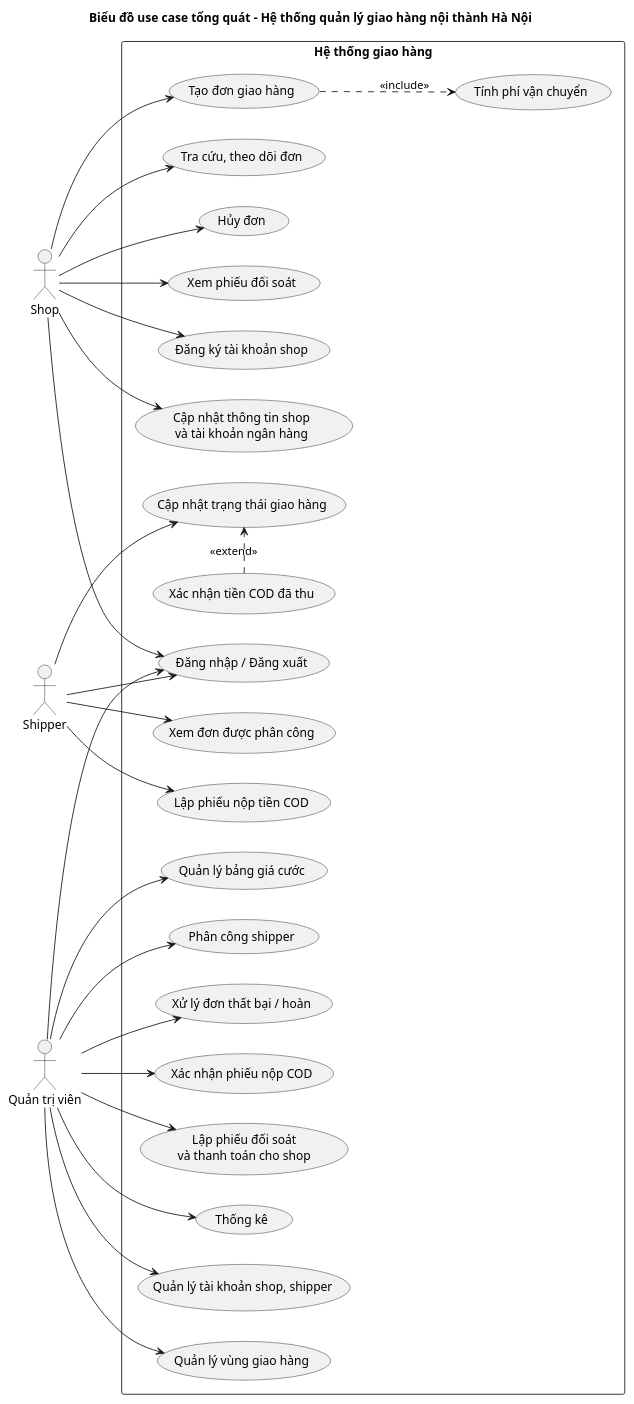
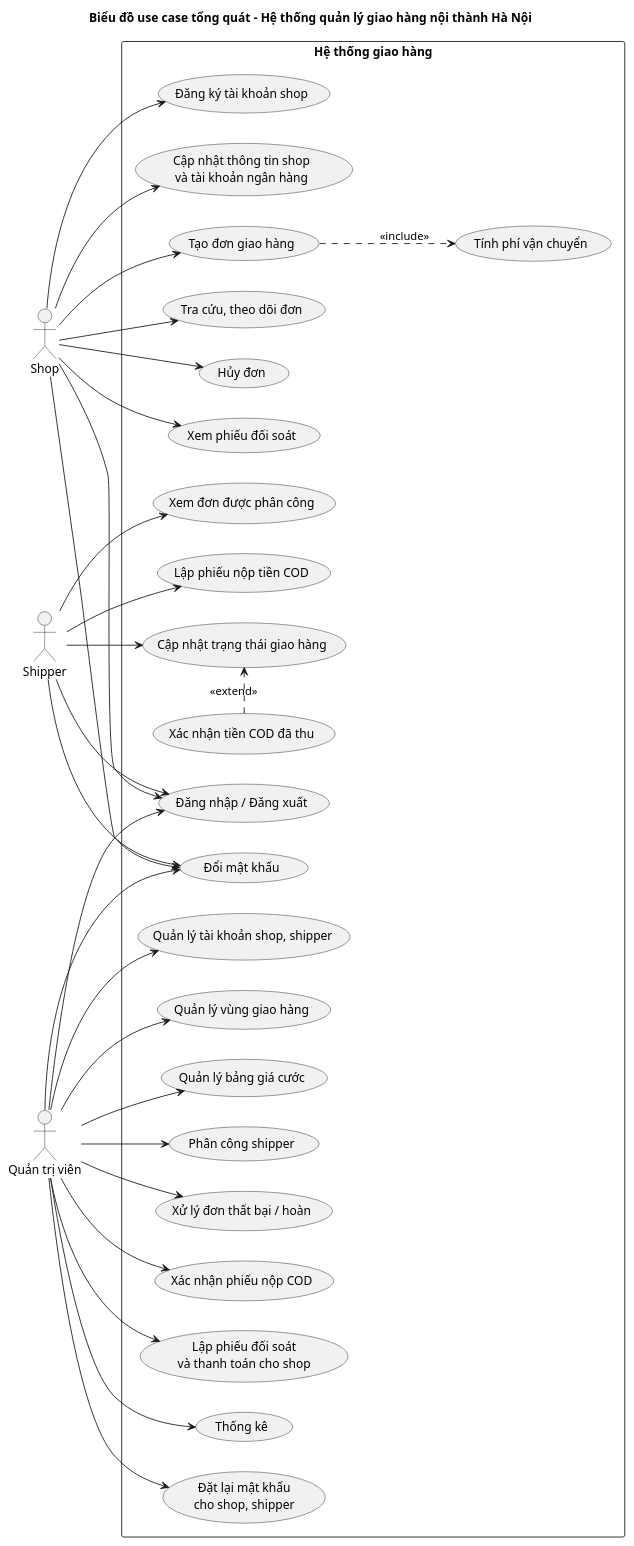
The diagram in docs/uml/01-usecase.puml (TuansLC/ptit-ktlthdt), drawn with PlantUML before and after one commit. The commit also changed 41 other files, not shown here.

```diff
--- a/docs/uml/01-usecase.puml
+++ b/docs/uml/01-usecase.puml
@@ -1,59 +1,65 @@
 @startuml usecase
 title Biểu đồ use case tổng quát - Hệ thống quản lý giao hàng nội thành Hà Nội
 left to right direction
 skinparam packageStyle rectangle
 
 actor "Shop" as Shop
 actor "Shipper" as Shipper
 actor "Quản trị viên" as Admin
 
 rectangle "Hệ thống giao hàng" {
   usecase "Đăng nhập / Đăng xuất" as UC_Login
+  usecase "Đổi mật khẩu" as UC_Password
+  usecase "Đặt lại mật khẩu\ncho shop, shipper" as UC_ResetPassword
   usecase "Đăng ký tài khoản shop" as UC_Register
   usecase "Cập nhật thông tin shop\nvà tài khoản ngân hàng" as UC_Profile
   usecase "Tạo đơn giao hàng" as UC_CreateOrder
   usecase "Tính phí vận chuyển" as UC_Quote
   usecase "Tra cứu, theo dõi đơn" as UC_TrackOrder
   usecase "Hủy đơn" as UC_Cancel
   usecase "Xem phiếu đối soát" as UC_ViewSettlement
 
   usecase "Xem đơn được phân công" as UC_MyOrders
   usecase "Cập nhật trạng thái giao hàng" as UC_UpdateStatus
   usecase "Xác nhận tiền COD đã thu" as UC_Collect
   usecase "Lập phiếu nộp tiền COD" as UC_Remit
 
   usecase "Quản lý tài khoản shop, shipper" as UC_Accounts
   usecase "Quản lý vùng giao hàng" as UC_Zones
   usecase "Quản lý bảng giá cước" as UC_Prices
   usecase "Phân công shipper" as UC_Assign
   usecase "Xử lý đơn thất bại / hoàn" as UC_Failed
   usecase "Xác nhận phiếu nộp COD" as UC_ConfirmRemit
   usecase "Lập phiếu đối soát\nvà thanh toán cho shop" as UC_Settle
   usecase "Thống kê" as UC_Stats
 }
 
 Shop --> UC_Register
 Shop --> UC_Login
+Shop --> UC_Password
 Shop --> UC_Profile
 Shop --> UC_CreateOrder
 Shop --> UC_TrackOrder
 Shop --> UC_Cancel
 Shop --> UC_ViewSettlement
 UC_CreateOrder ..> UC_Quote : <<include>>
 
 Shipper --> UC_Login
+Shipper --> UC_Password
 Shipper --> UC_MyOrders
 Shipper --> UC_UpdateStatus
 Shipper --> UC_Remit
 UC_Collect .> UC_UpdateStatus : <<extend>>
 
 Admin --> UC_Login
+Admin --> UC_Password
+Admin --> UC_ResetPassword
 Admin --> UC_Accounts
 Admin --> UC_Zones
 Admin --> UC_Prices
 Admin --> UC_Assign
 Admin --> UC_Failed
 Admin --> UC_ConfirmRemit
 Admin --> UC_Settle
 Admin --> UC_Stats
 @enduml
```
